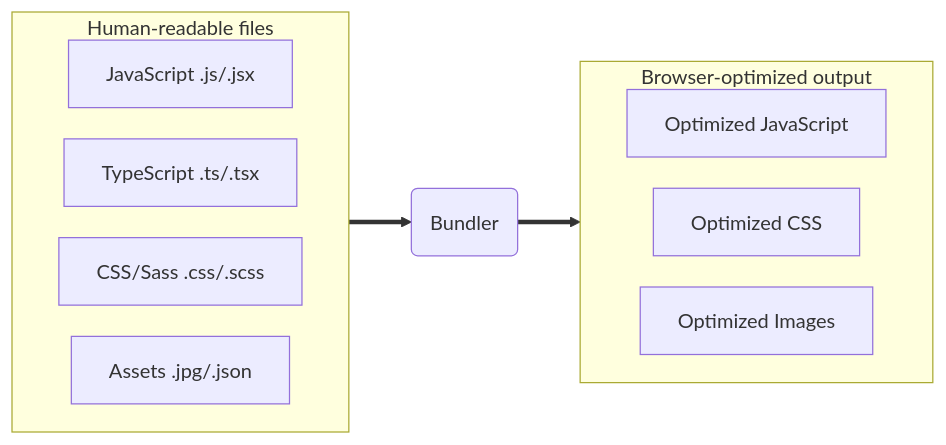
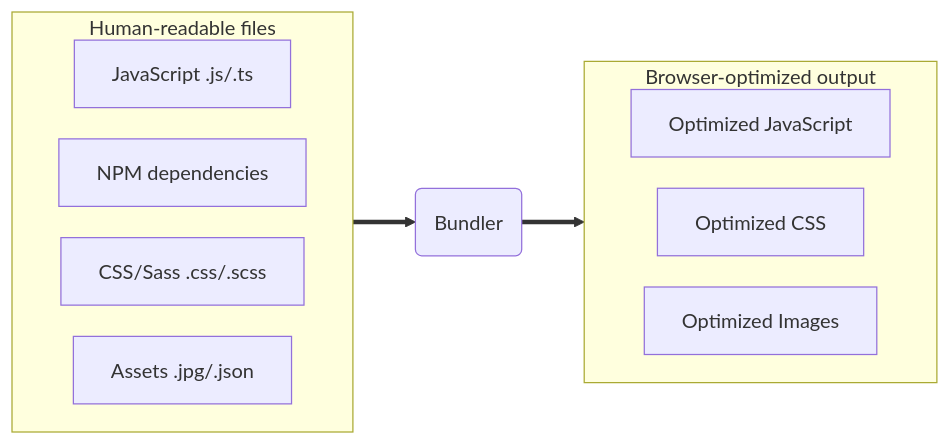
One commit to maxpatiiuk/esri-dev-summit-presentations changed the diagram in 2026/build-tooling/slides.md. Above: the diagram before and after it, drawn with Mermaid. The commit also changed 3 other files, not shown here.

````diff
--- a/2026/build-tooling/slides.md
+++ b/2026/build-tooling/slides.md
@@ -43,23 +43,23 @@
 ```mermaid
 %%{init: {'flowchart': {'nodeSpacing': 25 }}}%%
 
 graph LR
   subgraph human_files["Human-readable files"]
     direction LR
-    JS[JavaScript .js/.jsx]
-    TS[TypeScript .ts/.tsx]
+    JS[JavaScript .js/.ts]
+    NPM[NPM dependencies]
     CSS[CSS/Sass .css/.scss]
     IMG[Assets .jpg/.json]
   end
 
   Bundler("Bundler")
 
   subgraph optimized_output["Browser-optimized output"]
     direction LR
     O_JS[Optimized JavaScript]
     O_CSS[Optimized CSS]
     O_IMG[Optimized Images]
   end
 
   human_files ==> Bundler ==> optimized_output
 ```
````
